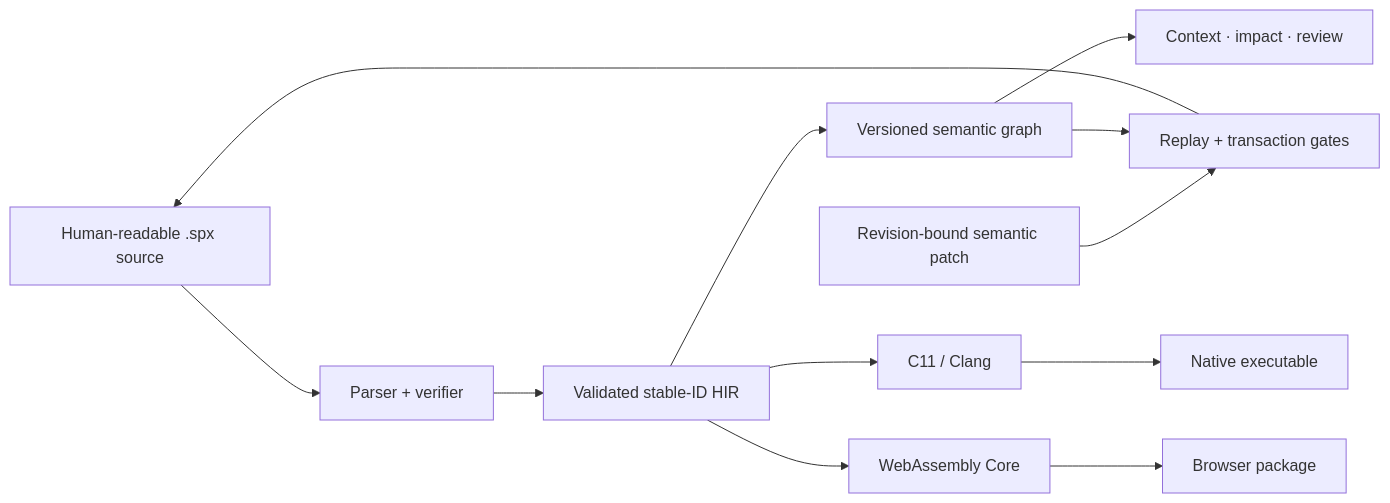
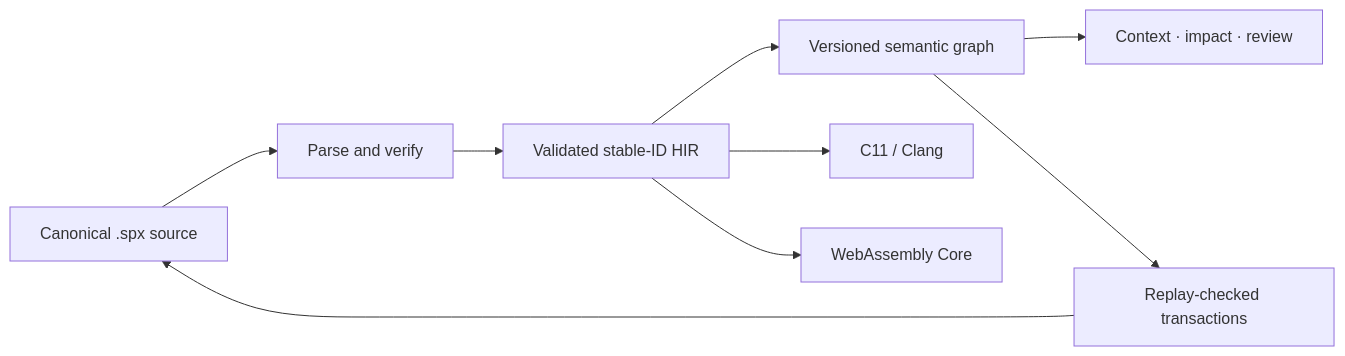
The diagram in README.md (wavect/semaprax), drawn with Mermaid before and after one commit. The commit also changed other lines of this file and 92 other files, not shown here.

````diff
--- a/README.md
+++ b/README.md
@@ -131,14 +135,11 @@
 ```mermaid
 flowchart LR
-    S["Human-readable .spx source"] --> V["Parser + verifier"]
-    V --> H["Validated stable-ID HIR"]
+    S["Canonical .spx source"] --> P["Parse and verify"]
+    P --> H["Validated stable-ID HIR"]
     H --> G["Versioned semantic graph"]
-    G --> A["Context · impact · review"]
-    P["Revision-bound semantic patch"] --> T["Replay + transaction gates"]
-    G --> T
+    G --> Q["Context · impact · review"]
+    G --> T["Replay-checked transactions"]
     T --> S
     H --> N["C11 / Clang"]
     H --> W["WebAssembly Core"]
-    N --> NE["Native executable"]
-    W --> WB["Browser package"]
 ```
````
